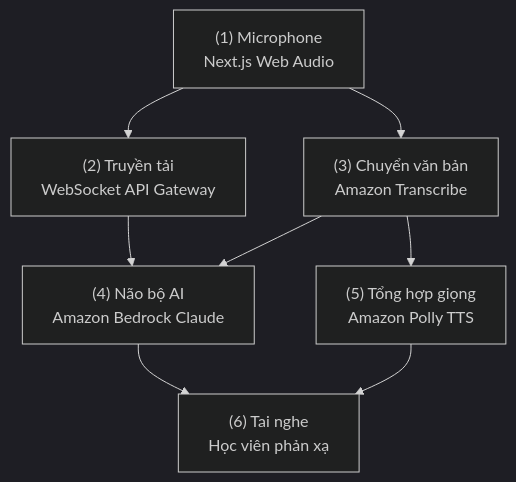
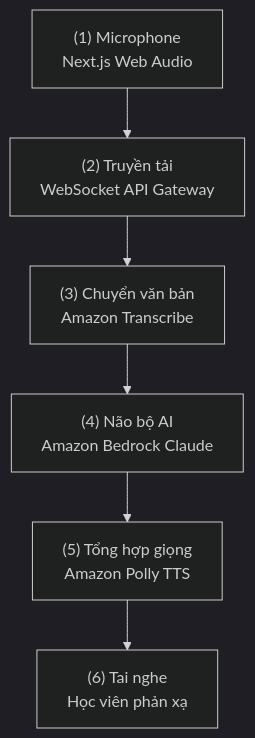
Before and after one commit to nguyengoctin/my_website: the second of 3 diagrams in content/posts/lexi-ai-english-tutor.md, drawn with Mermaid (dark theme). The commit also changed other lines of this file and 19 other files, not shown here.

Commit message:
chore: implement Mermaid best-practice audit script, apply auto-fixes to posts, and adjust rendering configurations

````diff
--- a/content/posts/lexi-ai-english-tutor.md
+++ b/content/posts/lexi-ai-english-tutor.md
@@ -82,16 +80,14 @@
 ```mermaid
 flowchart TD
     UserVoice["(1) Microphone<br/>Next.js Web Audio"]
     WSSGateway["(2) Truyền tải<br/>WebSocket API Gateway"]
     Transcribe["(3) Chuyển văn bản<br/>Amazon Transcribe"]
     BedrockLLM["(4) Não bộ AI<br/>Amazon Bedrock Claude"]
     PollyTTS["(5) Tổng hợp giọng<br/>Amazon Polly TTS"]
     AudioReturn["(6) Tai nghe<br/>Học viên phản xạ"]
-    UserVoice --> Transcribe
-    Transcribe --> PollyTTS
-    WSSGateway --> BedrockLLM
-    BedrockLLM --> AudioReturn
     UserVoice --> WSSGateway
+    WSSGateway --> Transcribe
     Transcribe --> BedrockLLM
+    BedrockLLM --> PollyTTS
     PollyTTS --> AudioReturn
 ```
````
